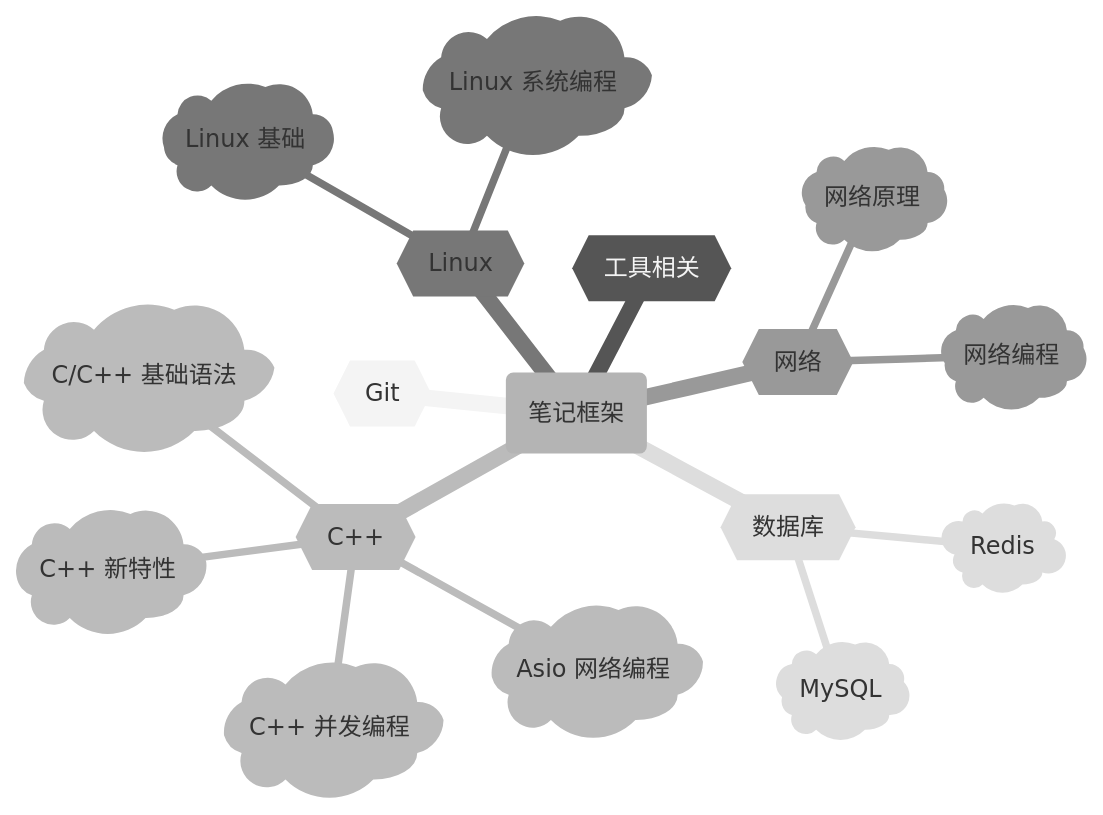
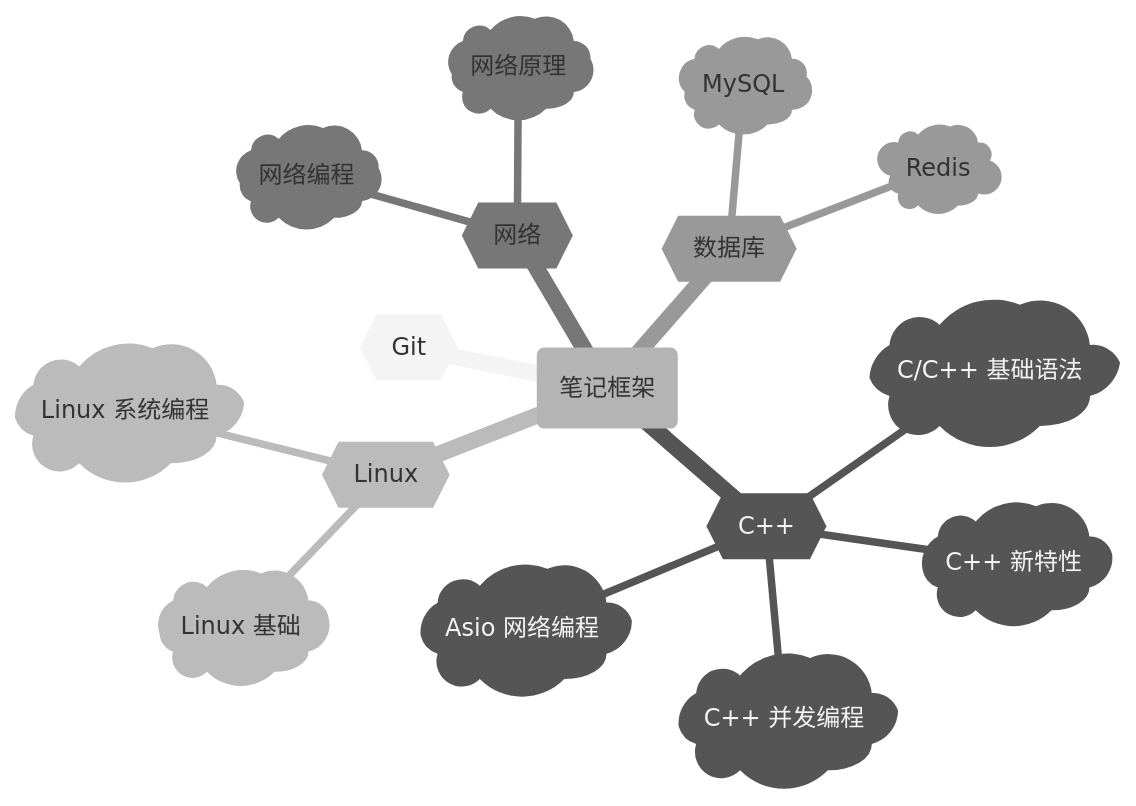
The diagram in docs/index.md (xjjeffery/notes), drawn with Mermaid (neutral theme) before and after one commit. The commit also changed 24 other files, not shown here.

````diff
--- a/docs/index.md
+++ b/docs/index.md
@@ -70,20 +70,19 @@
 ```mermaid
 mindmap
   root(笔记框架)
     {{Git}}
-    {{工具相关}}
     {{C++}}
       )C/C++ 基础语法(
       )C++ 新特性(
       )C++ 并发编程(
       )Asio 网络编程(
     {{Linux}}
       )Linux 基础(
       )Linux 系统编程(
     {{网络}}
       )网络原理(
       )网络编程(
     {{数据库}}
       )Redis(
       )MySQL(
 ```
````
